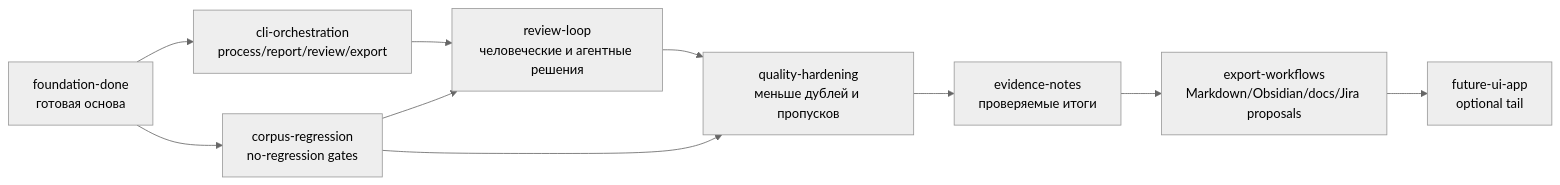
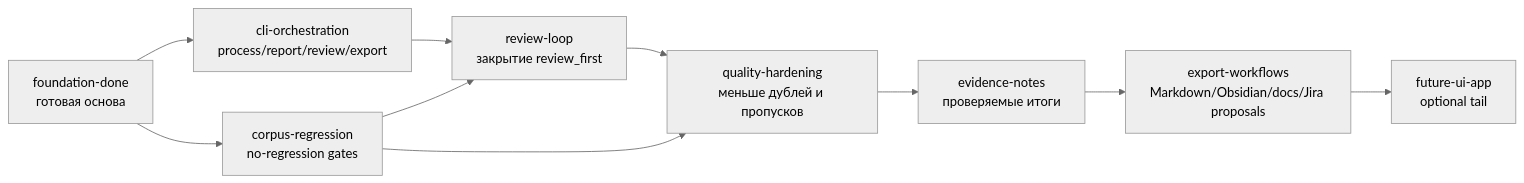
One commit to asukhodko/murmurmark changed the diagram in docs/roadmap/murmurmark-cli-roadmap.md. Above: the diagram before and after it, drawn with Mermaid (neutral theme). The commit also changed other lines of this file and 11 other files, not shown here.

````diff
--- a/docs/roadmap/murmurmark-cli-roadmap.md
+++ b/docs/roadmap/murmurmark-cli-roadmap.md
@@ -77,21 +77,21 @@
 ```mermaid
 flowchart LR
     foundation["foundation-done<br/>готовая основа"]
     cli["cli-orchestration<br/>process/report/review/export"]
     corpus["corpus-regression<br/>no-regression gates"]
-    review["review-loop<br/>человеческие и агентные решения"]
+    review["review-loop<br/>закрытие review_first"]
     quality["quality-hardening<br/>меньше дублей и пропусков"]
     notes["evidence-notes<br/>проверяемые итоги"]
     export["export-workflows<br/>Markdown/Obsidian/docs/Jira proposals"]
     tail["future-ui-app<br/>optional tail"]
 
     foundation --> cli
     foundation --> corpus
     cli --> review
     corpus --> review
     review --> quality
     corpus --> quality
     quality --> notes
     notes --> export
     export --> tail
 ```
````
